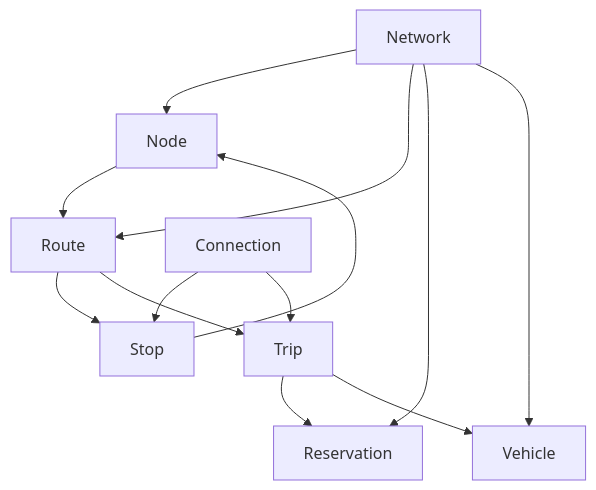
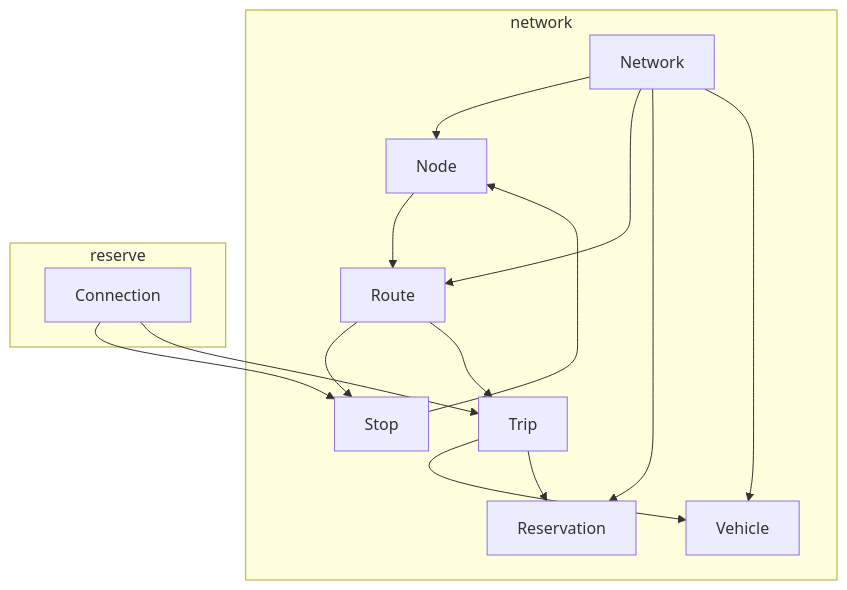
Before and after one commit to maptic/osurs: the second of 2 diagrams in README.md, drawn with Mermaid.

Commit message:
Test subgraph.

````diff
--- a/README.md
+++ b/README.md
@@ -34,15 +34,19 @@
 ```mermaid
 graph TD;
-  Network-->Node;
-  Network-->Route;
-  Network-->Reservation;
-  Network-->Vehicle;
-  Route-->Stop;
-  Route-->Trip;
-  Node-->Route;
-  Stop-->Node;
-  Trip-->Reservation;
-  Trip-->Vehicle;
-  Connection-->Stop;
-  Connection-->Trip;
+  subgraph network;
+    Network-->Node;
+    Network-->Route;
+    Network-->Reservation;
+    Network-->Vehicle;
+    Route-->Stop;
+    Route-->Trip;
+    Node-->Route;
+    Stop-->Node;
+    Trip-->Vehicle;
+  end;
+  subgraph reserve;
+    Trip-->Reservation;
+    Connection-->Stop;
+    Connection-->Trip;
+  end
 ```
````
